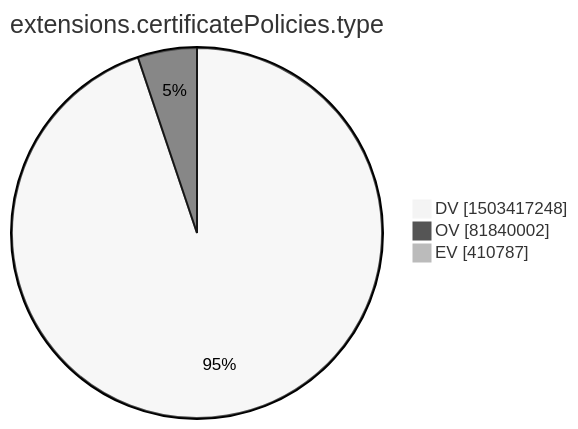
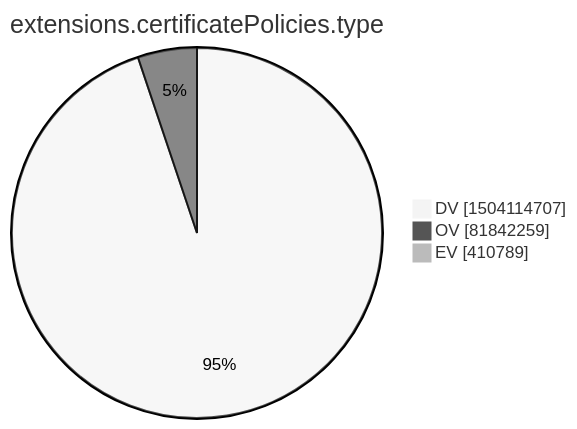
One commit to christiankrug/ctmonitor_visualization changed the tenth of 15 diagrams in xenon2022/README.md. Above: the diagram before and after it, drawn with Mermaid (neutral theme). The commit also changed other lines of this file, not shown here.

````diff
--- a/xenon2022/README.md
+++ b/xenon2022/README.md
@@ -2874,7 +2874,7 @@
 ```mermaid
 pie showData
 title extensions.certificatePolicies.type
-"DV" :1503417248
-"OV" :81840002
-"EV" :410787
+"DV" :1504114707
+"OV" :81842259
+"EV" :410789
 ```
````
